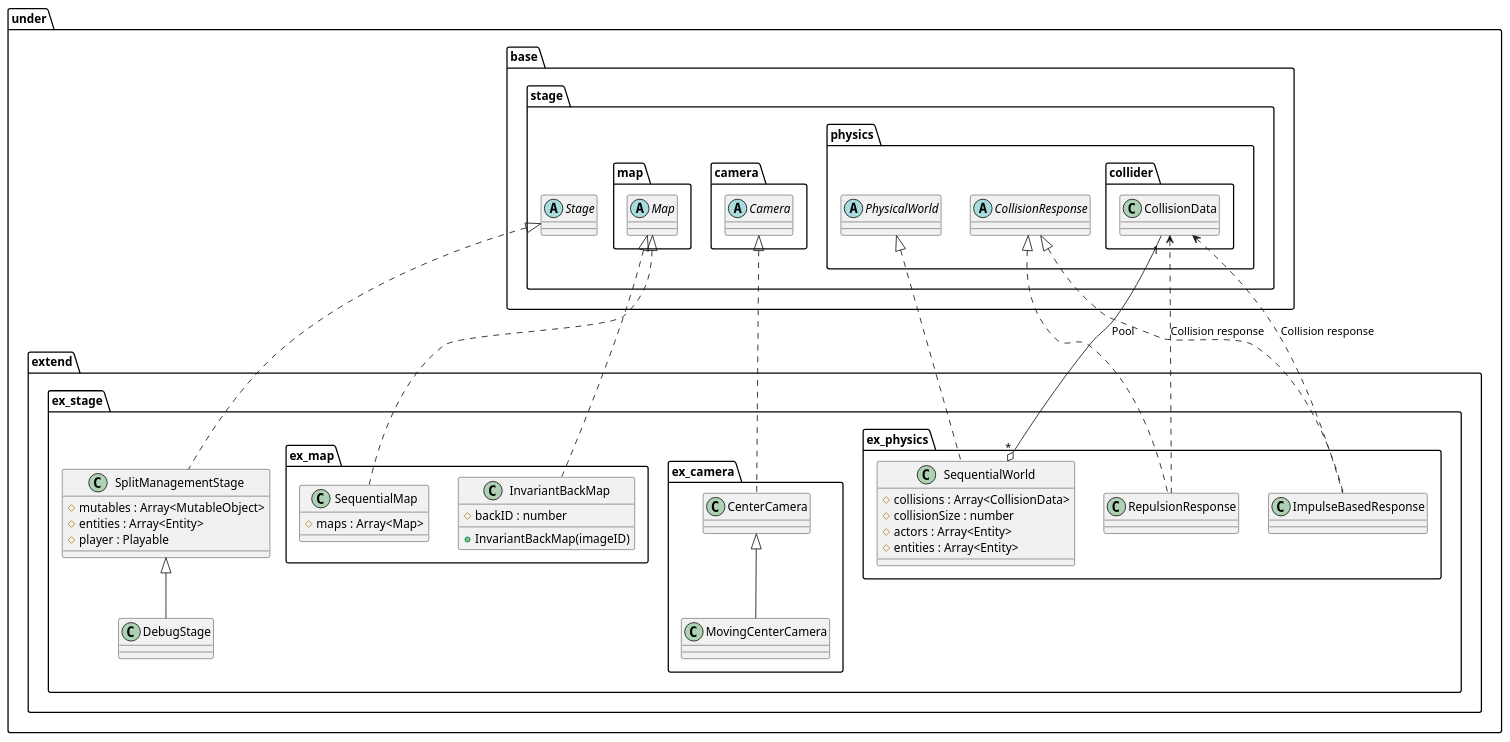
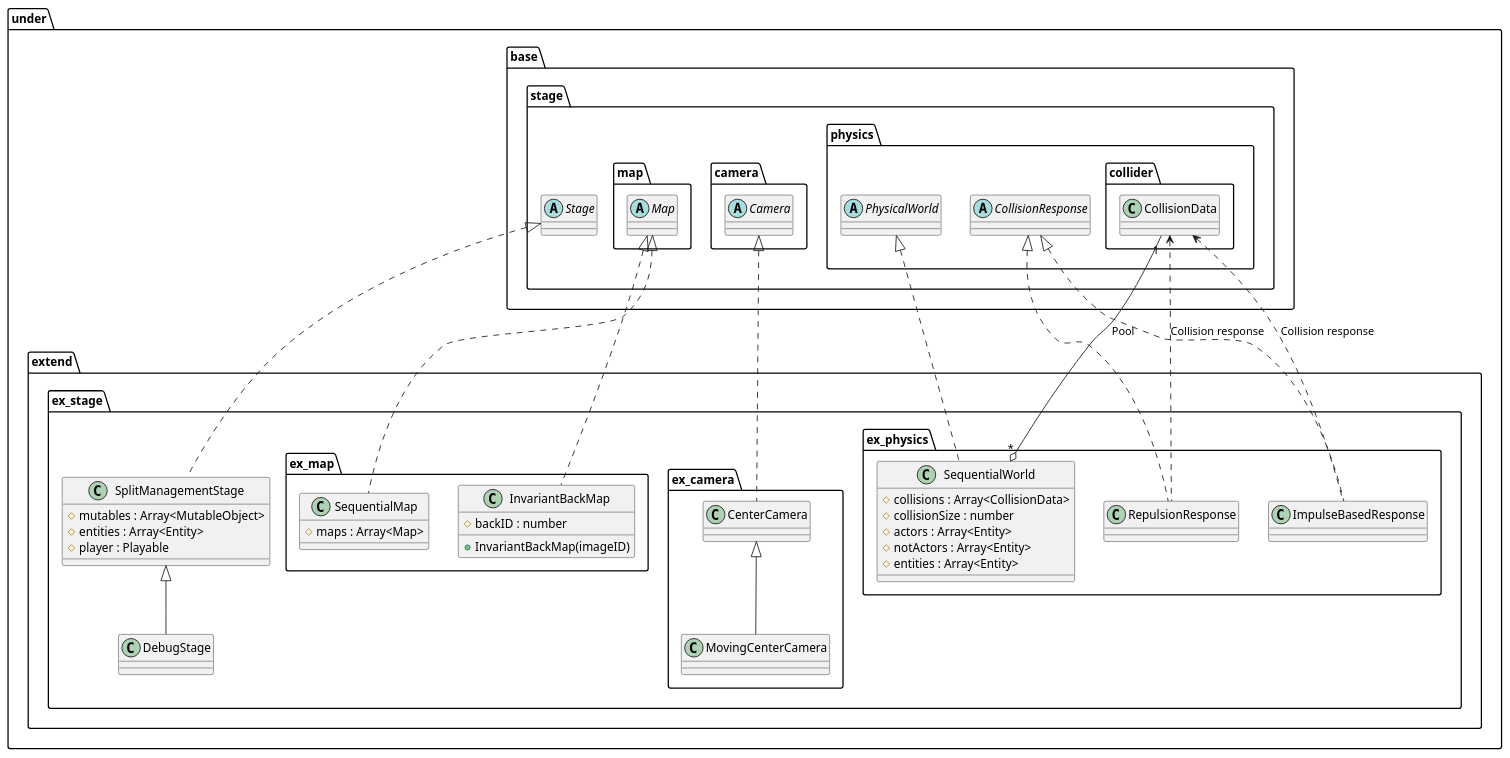
The diagram in uml/stage/Extend.wsd (Expine/Under), drawn with PlantUML before and after one commit. The commit also changed 18 other files, not shown here.

Commit message:
Add comment to collider and fix uml

```diff
--- a/uml/stage/Extend.wsd
+++ b/uml/stage/Extend.wsd
@@ -1,74 +1,75 @@
 @startuml StageExtend
 package under {
     package extend {
         package ex_stage {
             class SplitManagementStage {
                 #mutables : Array<MutableObject>
                 #entities : Array<Entity>
                 #player : Playable
             }
             class DebugStage
             package ex_map {
                 class SequentialMap {
                     #maps : Array<Map>
                 }
                 class InvariantBackMap {
                     +InvariantBackMap(imageID)
                     #backID : number
                 }
             }
             package ex_camera {
                 class CenterCamera
                 class MovingCenterCamera
             }
 
             package ex_physics {
                 class SequentialWorld {
                     #collisions : Array<CollisionData>
                     #collisionSize : number
                     #actors : Array<Entity>
+                    #notActors : Array<Entity>
                     #entities : Array<Entity>
                 }
                 class ImpulseBasedResponse
                 class RepulsionResponse
             }
         }
     }
 }
 
 package under {
     package base {
         package stage {
             abstract Stage
             package map {
                 abstract Map
             }
             package camera {
                 abstract Camera
             }
             package physics {
                 abstract PhysicalWorld
                 abstract CollisionResponse
                 package collider {
                     class CollisionData
                 }
             }
         }
     }
 }
 
 CollisionData <.. ImpulseBasedResponse : Collision response
 CollisionData <.. RepulsionResponse : Collision response
 CollisionData "1"--o "*"SequentialWorld : Pool
 
 Stage <|.. SplitManagementStage
 SplitManagementStage <|-- DebugStage
 Camera <|.. CenterCamera
 CenterCamera <|-- MovingCenterCamera
 Map <|.. SequentialMap
 Map <|.. InvariantBackMap
 PhysicalWorld <|.. SequentialWorld
 CollisionResponse <|.. ImpulseBasedResponse
 CollisionResponse <|.. RepulsionResponse
 
 @enduml
```
